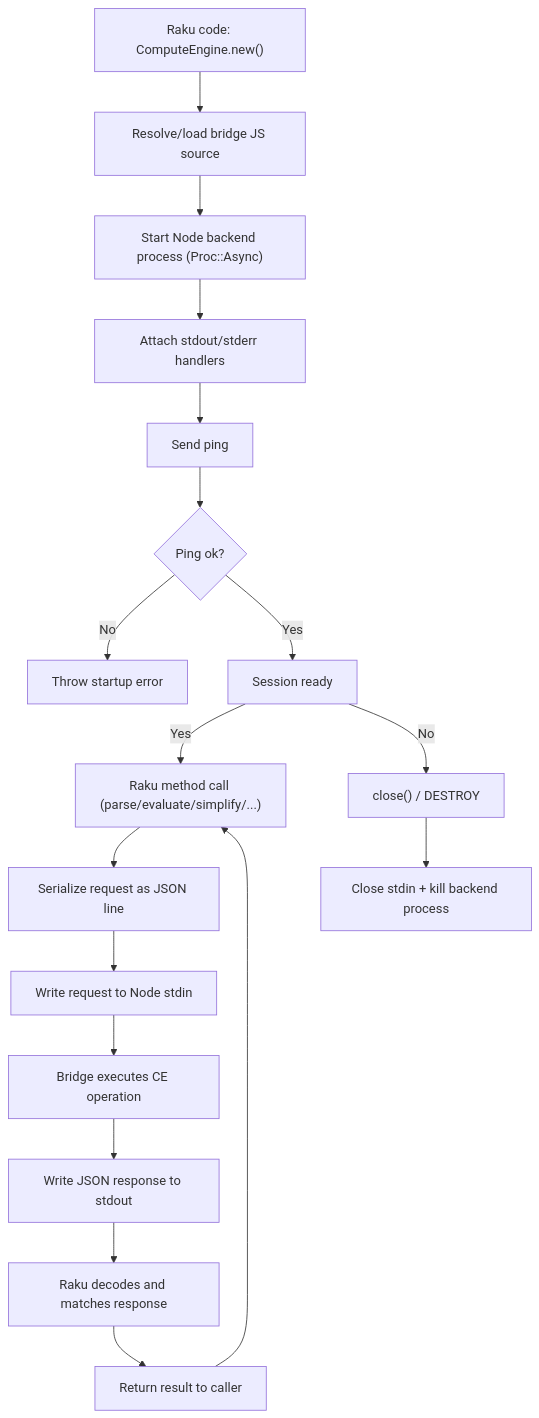
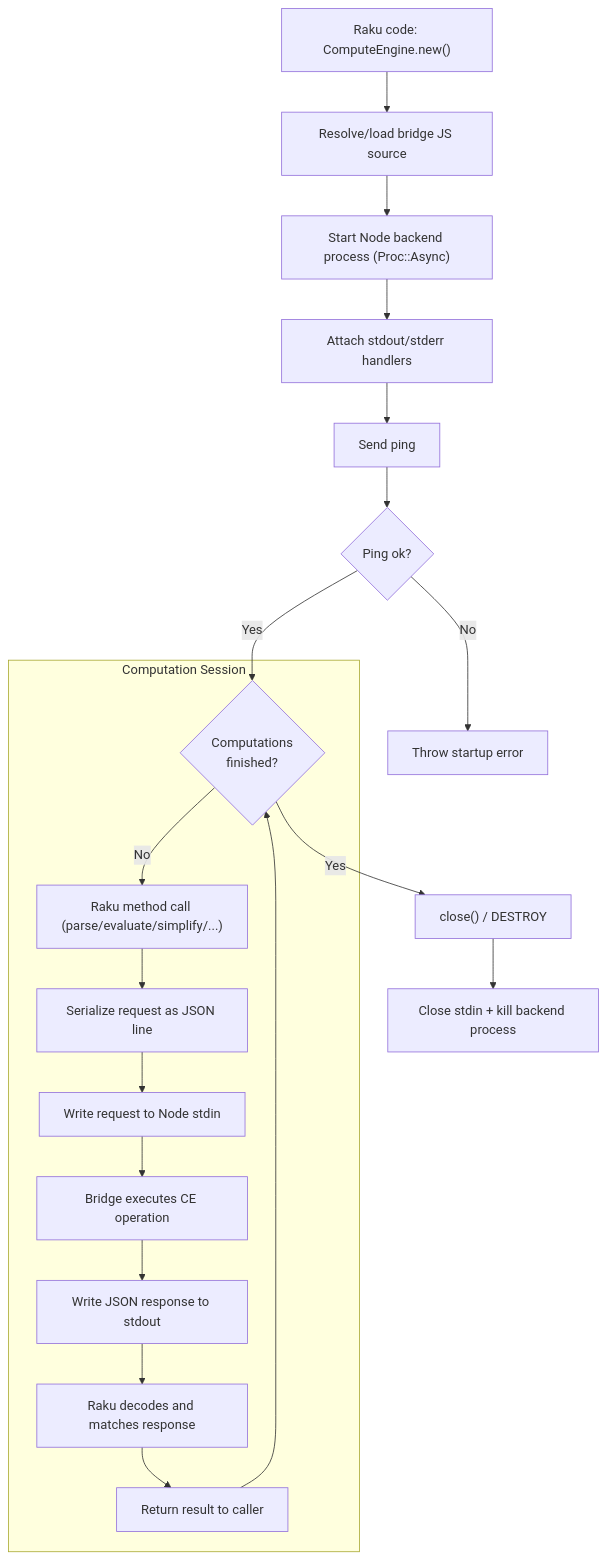
Before and after one commit to antononcube/Raku-CortexJS: the diagram in README-work.md, drawn with Mermaid. The commit also changed 1 other file, not shown here.

Commit message:
docs:Better execution diagram.

````diff
--- a/README-work.md
+++ b/README-work.md
@@ -86,22 +86,34 @@
 ```mermaid
 flowchart TD
     A["Raku code: ComputeEngine.new()"] --> B["Resolve/load bridge JS source"]
     B --> C["Start Node backend process (Proc::Async)"]
     C --> D["Attach stdout/stderr handlers"]
     D --> E["Send ping"]
     E --> F{"Ping ok?"}
     F -- "No" --> G["Throw startup error"]
-    F -- "Yes" --> H["Session ready"]
+    F -- "Yes" --> H
 
-    H --> |Yes| I["Raku method call (parse/evaluate/simplify/...)"]
+    
+    H{"Computations<br>finished?"} --> |No| I["Raku method call (parse/evaluate/simplify/...)"]
     I --> J["Serialize request as JSON line"]
     J --> K["Write request to Node stdin"]
     K --> L["Bridge executes CE operation"]
     L --> M["Write JSON response to stdout"]
     M --> N["Raku decodes and matches response"]
     N --> O["Return result to caller"]
-    O --> I
+    O --> H
 
-    H --> |No|P["close() / DESTROY"]
+    H --> |Yes|P["close() / DESTROY"]
     P --> Q["Close stdin + kill backend process"]
+    
+    subgraph RS["Computation Session"]
+        H 
+        I
+        J
+        K
+        L
+        M
+        N
+        O
+    end
 ```
````
